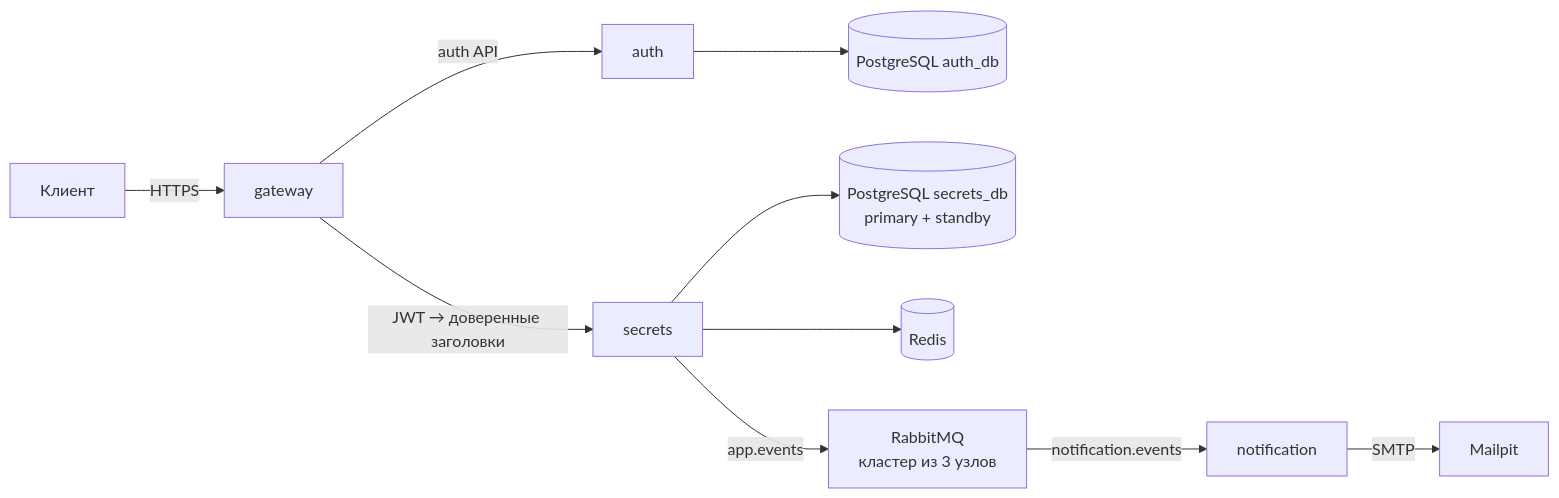
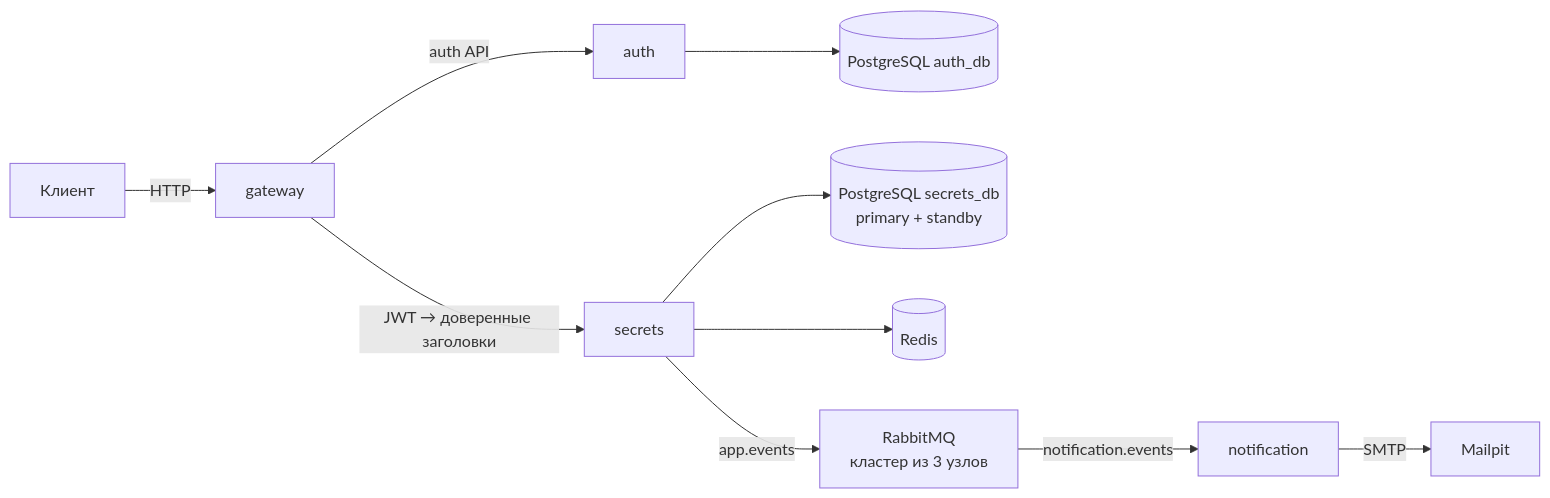
Before and after one commit to anAwesomeWave/simplified-vault: the diagram in README.md, drawn with Mermaid. The commit also changed other lines of this file and 21 other files, not shown here.

````diff
--- a/README.md
+++ b/README.md
@@ -5,12 +5,12 @@
 ```mermaid
 flowchart LR
-    Client[Клиент] -->|HTTPS| Gateway[gateway]
+    Client[Клиент] -->|HTTP| Gateway[gateway]
     Gateway -->|auth API| Auth[auth]
     Gateway -->|JWT → доверенные заголовки| Secrets[secrets]
     Auth --> AuthDB[(PostgreSQL auth_db)]
     Secrets --> SecretsDB[(PostgreSQL secrets_db<br/>primary + standby)]
     Secrets --> Redis[(Redis)]
     Secrets -->|app.events| RabbitMQ[RabbitMQ<br/>кластер из 3 узлов]
     RabbitMQ -->|notification.events| Notification[notification]
     Notification -->|SMTP| Mailpit[Mailpit]
 ```
````
